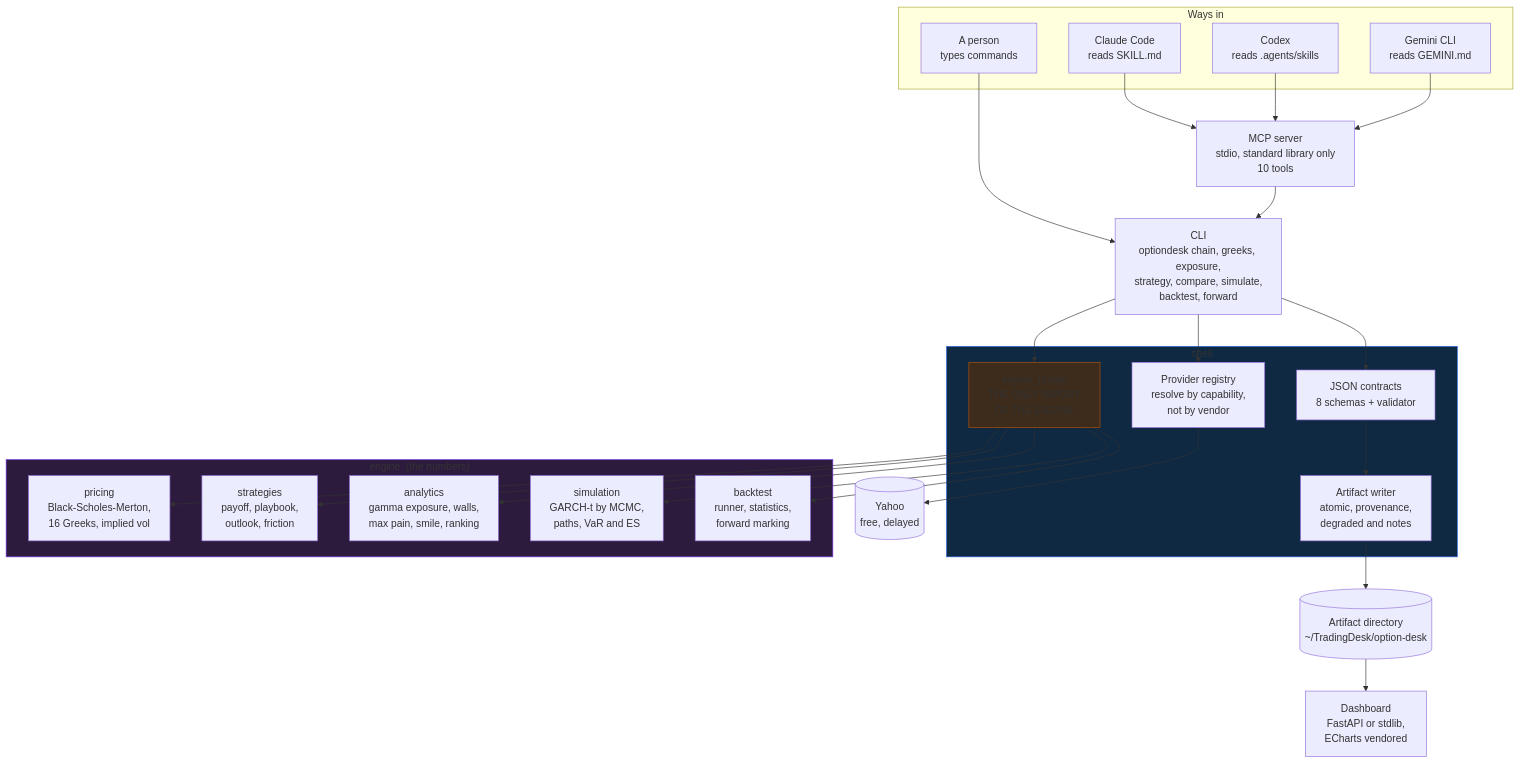
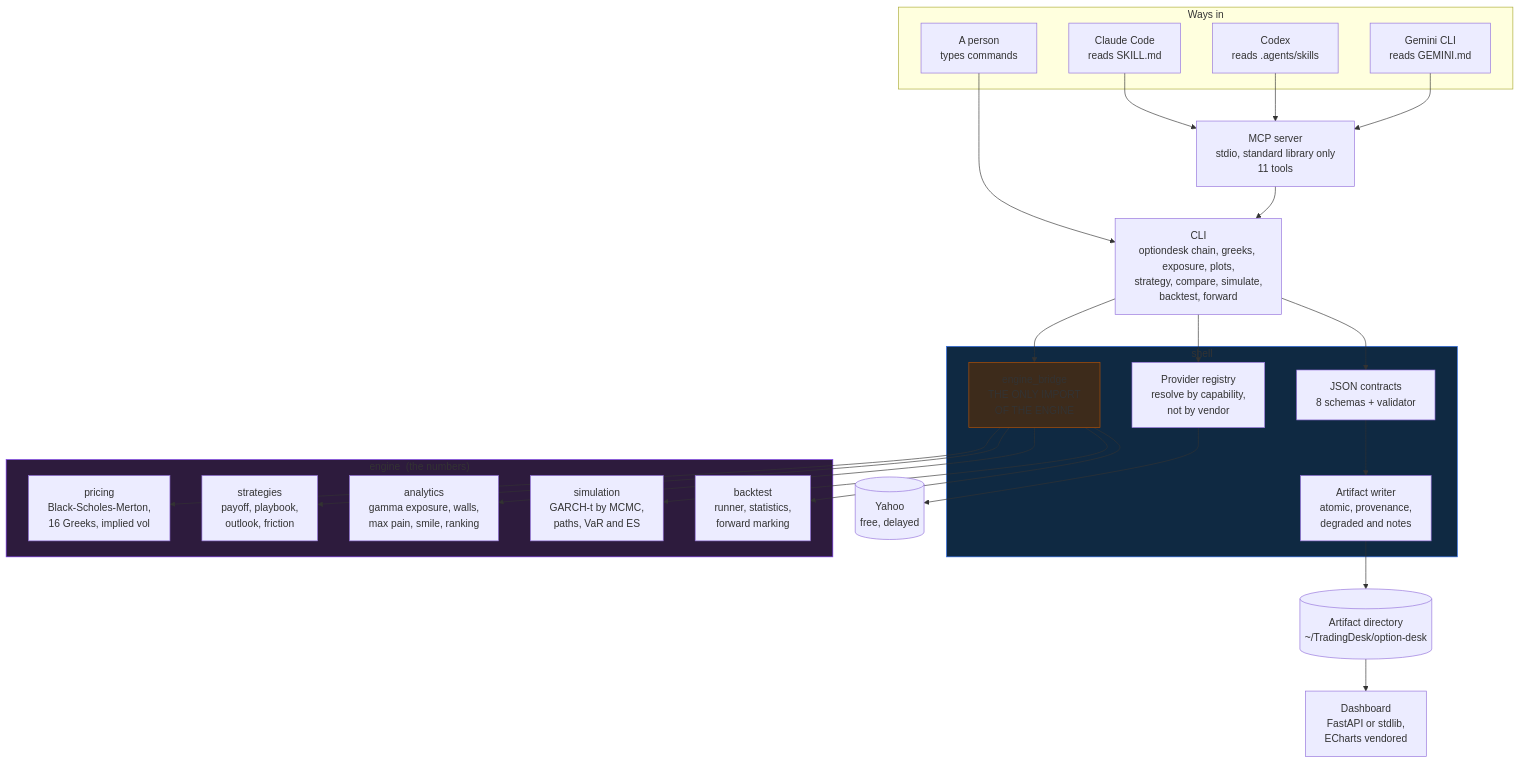
Before and after one commit to Iman/agent-driven-options-desk-and-skills: the first of 7 diagrams in README.md, drawn with Mermaid. The commit also changed other lines of this file and 23 other files, not shown here.

````diff
--- a/README.md
+++ b/README.md
@@ -286,53 +291,53 @@
 ```mermaid
 flowchart TB
     subgraph clients["Ways in"]
         claude["Claude Code<br/>reads SKILL.md"]
         codex["Codex<br/>reads .agents/skills"]
         gemini["Gemini CLI<br/>reads GEMINI.md"]
         human["A person<br/>types commands"]
     end
 
-    mcp["MCP server<br/>stdio, standard library only<br/>10 tools"]
-    cli["CLI<br/>optiondesk chain, greeks, exposure,<br/>strategy, compare, simulate,<br/>backtest, forward"]
+    mcp["MCP server<br/>stdio, standard library only<br/>11 tools"]
+    cli["CLI<br/>optiondesk chain, greeks, exposure, plots,<br/>strategy, compare, simulate,<br/>backtest, forward"]
 
     subgraph shell["shell"]
         providers["Provider registry<br/>resolve by capability,<br/>not by vendor"]
         contracts["JSON contracts<br/>8 schemas + validator"]
         artifacts["Artifact writer<br/>atomic, provenance,<br/>degraded and notes"]
         bridge["engine_bridge<br/>THE ONLY IMPORT<br/>OF THE ENGINE"]
     end
 
     subgraph engine["engine &nbsp;(the numbers)"]
         pricing["pricing<br/>Black-Scholes-Merton,<br/>16 Greeks, implied vol"]
         strategies["strategies<br/>payoff, playbook,<br/>outlook, friction"]
         analytics["analytics<br/>gamma exposure, walls,<br/>max pain, smile, ranking"]
         simulation["simulation<br/>GARCH-t by MCMC,<br/>paths, VaR and ES"]
         backtest["backtest<br/>runner, statistics,<br/>forward marking"]
     end
 
     yahoo[("Yahoo<br/>free, delayed")]
     disk[("Artifact directory<br/>~/TradingDesk/option-desk")]
     dash["Dashboard<br/>FastAPI or stdlib,<br/>ECharts vendored"]
 
     claude --> mcp
     codex --> mcp
     gemini --> mcp
     human --> cli
     mcp --> cli
     cli --> providers
     cli --> bridge
     providers --> yahoo
     bridge --> pricing
     bridge --> strategies
     bridge --> analytics
     bridge --> simulation
     bridge --> backtest
     cli --> contracts
     contracts --> artifacts
     artifacts --> disk
     disk --> dash
 
     style engine fill:#2d1b3d,stroke:#7c3aed
     style shell fill:#0f2942,stroke:#2f6feb
     style bridge fill:#3d2b1b,stroke:#b45309
 ```
````
